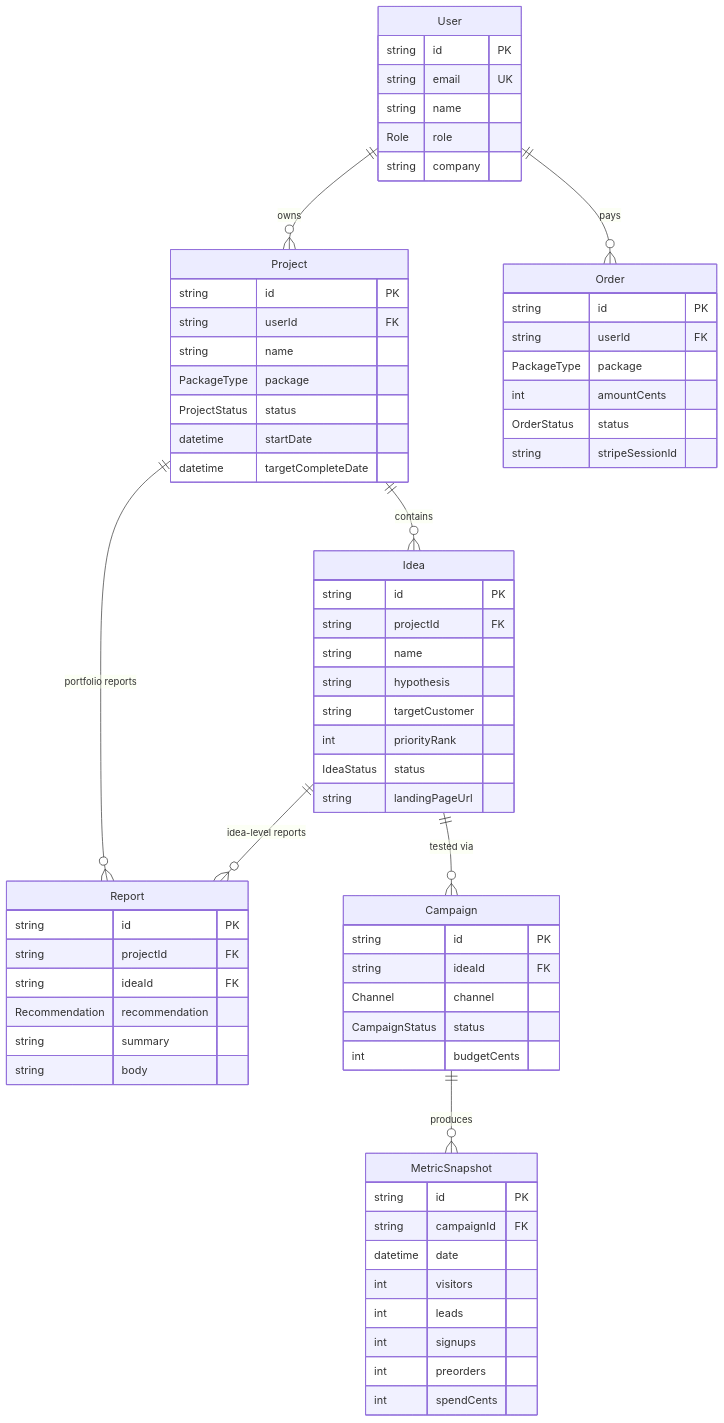
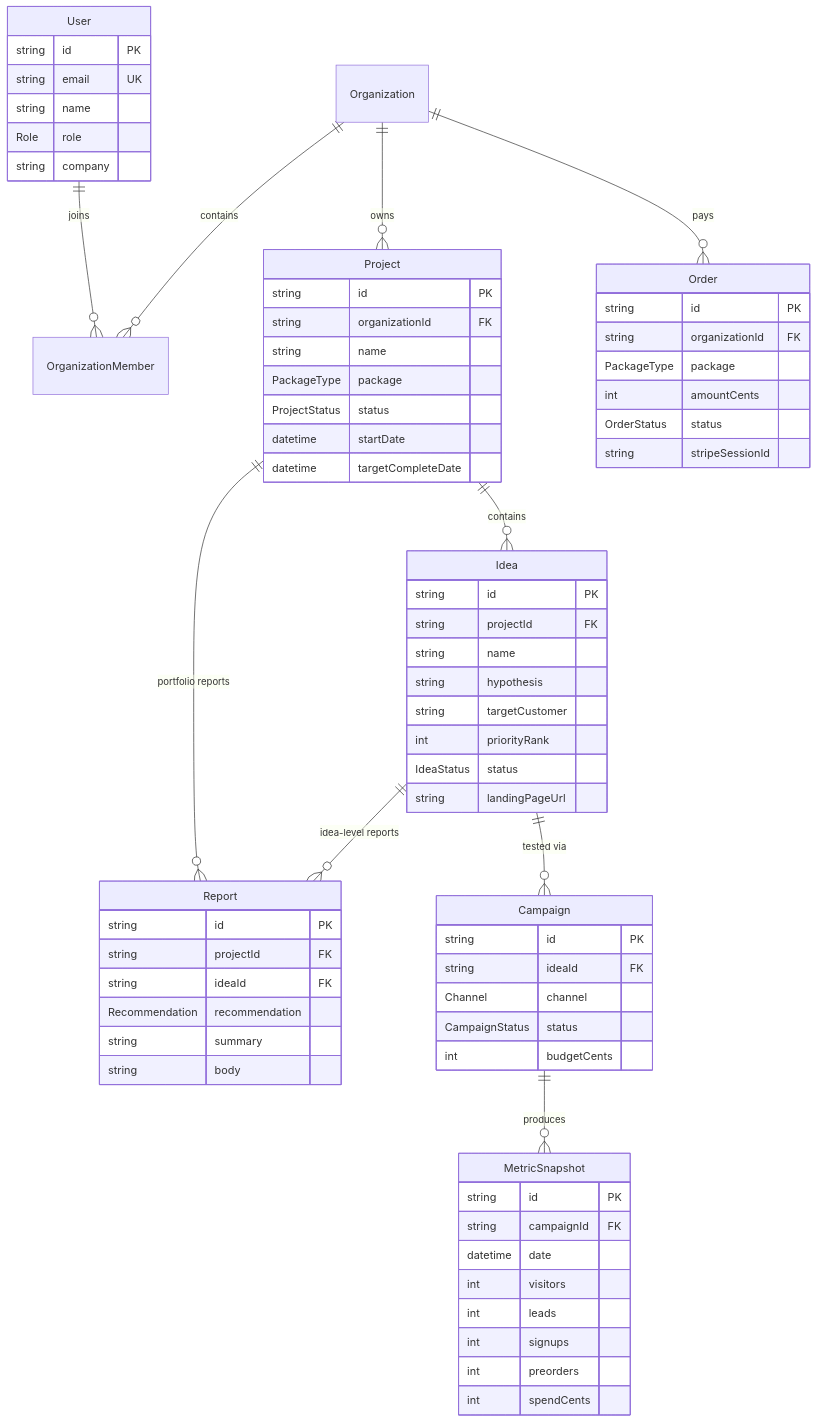
The diagram in docs/database-schema.md (NicklasSandin/kpindicator), drawn with Mermaid before and after one commit. The commit also changed other lines of this file and 26 other files, not shown here.

````diff
--- a/docs/database-schema.md
+++ b/docs/database-schema.md
@@ -12,70 +12,72 @@
 ```mermaid
 erDiagram
-    User ||--o{ Project : owns
-    User ||--o{ Order : pays
+    User ||--o{ OrganizationMember : joins
+    Organization ||--o{ OrganizationMember : contains
+    Organization ||--o{ Project : owns
+    Organization ||--o{ Order : pays
     Project ||--o{ Idea : contains
     Project ||--o{ Report : "portfolio reports"
     Idea ||--o{ Campaign : "tested via"
     Idea ||--o{ Report : "idea-level reports"
     Campaign ||--o{ MetricSnapshot : produces
 
     User {
         string id PK
         string email UK
         string name
         Role role
         string company
     }
     Project {
         string id PK
-        string userId FK
+        string organizationId FK
         string name
         PackageType package
         ProjectStatus status
         datetime startDate
         datetime targetCompleteDate
     }
     Idea {
         string id PK
         string projectId FK
         string name
         string hypothesis
         string targetCustomer
         int priorityRank
         IdeaStatus status
         string landingPageUrl
     }
     Campaign {
         string id PK
         string ideaId FK
         Channel channel
         CampaignStatus status
         int budgetCents
     }
     MetricSnapshot {
         string id PK
         string campaignId FK
         datetime date
         int visitors
         int leads
         int signups
         int preorders
         int spendCents
     }
     Report {
         string id PK
         string projectId FK
         string ideaId FK
         Recommendation recommendation
         string summary
         string body
     }
     Order {
         string id PK
-        string userId FK
+        string organizationId FK
         PackageType package
         int amountCents
         OrderStatus status
         string stripeSessionId
     }
 ```
````
